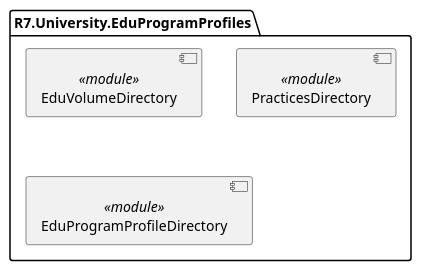
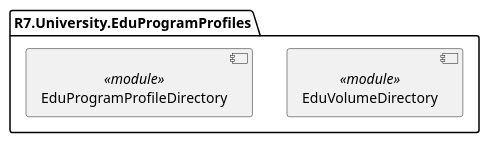
One commit to r7-labs/R7.University changed the second of 2 diagrams in doc/EduVolume.puml. Above: the diagram before and after it, drawn with PlantUML. The commit also changed 20 other files, not shown here.

Commit message:
[WIP] Add EduVolumeDirectory module GH-239

```diff
--- a/doc/EduVolume.puml
+++ b/doc/EduVolume.puml
@@ -56,9 +56,8 @@
 @startuml EduVolume Modules
 
 package R7.University.EduProgramProfiles {
     [EduVolumeDirectory]<<module>>
-    [PracticesDirectory]<<module>>
     [EduProgramProfileDirectory]<<module>>
 }
 
 @enduml
```
